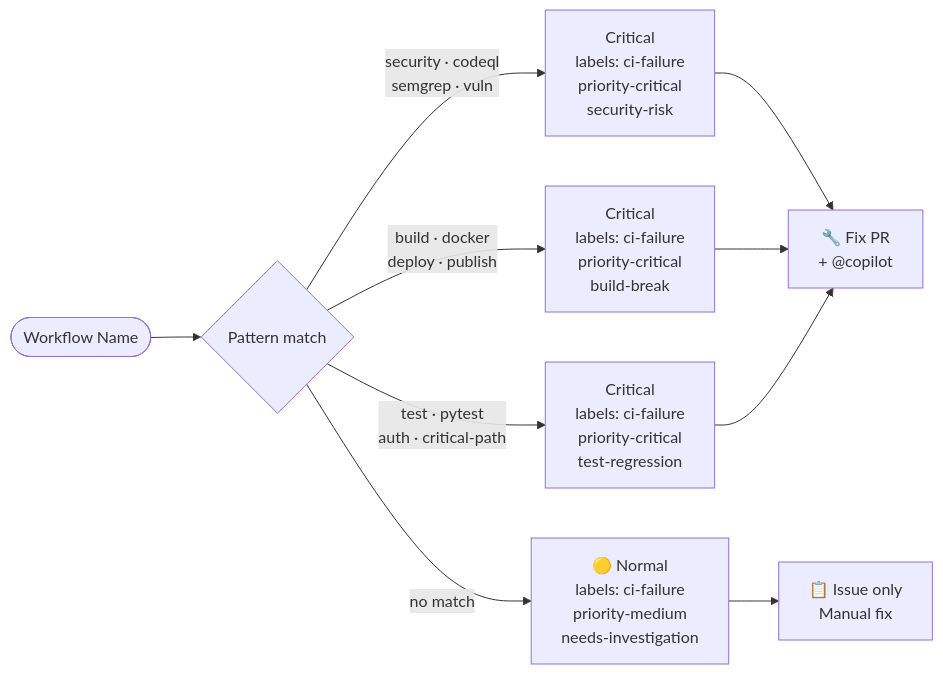
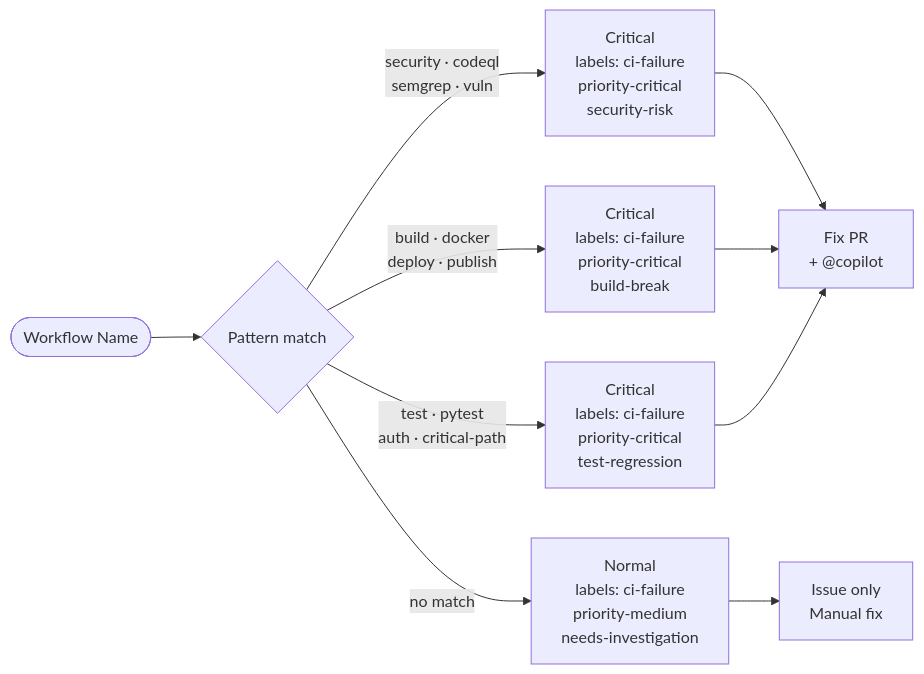
The third of 6 diagrams in docs/ci/CI_FAILURE_AUTO_RESPONSE.md (Aries-Serpent/_codex_), drawn with Mermaid before and after one commit. The commit also changed other lines of this file and 1989 other files, not shown here.

````diff
--- a/docs/ci/CI_FAILURE_AUTO_RESPONSE.md
+++ b/docs/ci/CI_FAILURE_AUTO_RESPONSE.md
@@ -117,13 +117,13 @@
 ```mermaid
 %%{init: {'accessibility': {'title': 'Flowchart showing Workflow Name,  Critical\nlabels: ci-failure\npriority-critical\nsecurity-risk'}}%%
 flowchart LR
     WF([Workflow Name]) --> SC{Pattern match}
 
     SC -->|security · codeql\nsemgrep · vuln| S1[ Critical\nlabels: ci-failure\npriority-critical\nsecurity-risk]
     SC -->|build · docker\ndeploy · publish| S2[ Critical\nlabels: ci-failure\npriority-critical\nbuild-break]
     SC -->|test · pytest\nauth · critical-path| S3[ Critical\nlabels: ci-failure\npriority-critical\ntest-regression]
-    SC -->|no match| S4[🟡 Normal\nlabels: ci-failure\npriority-medium\nneeds-investigation]
+    SC -->|no match| S4[ Normal\nlabels: ci-failure\npriority-medium\nneeds-investigation]
 
-    S1 & S2 & S3 --> FPR[🔧 Fix PR\n+ @copilot]
-    S4 --> ISO[📋 Issue only\nManual fix]
+    S1 & S2 & S3 --> FPR[ Fix PR\n+ @copilot]
+    S4 --> ISO[ Issue only\nManual fix]
 ```
````
